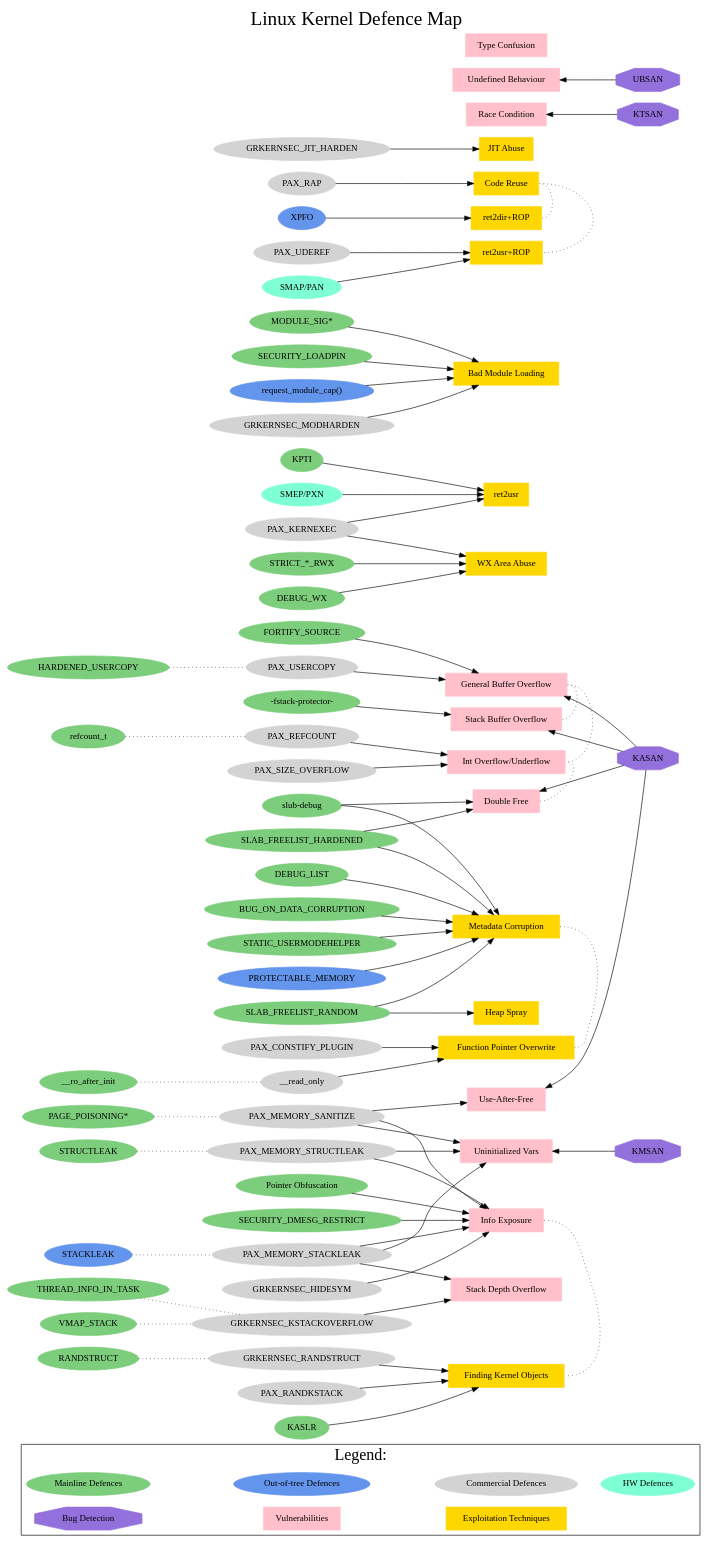
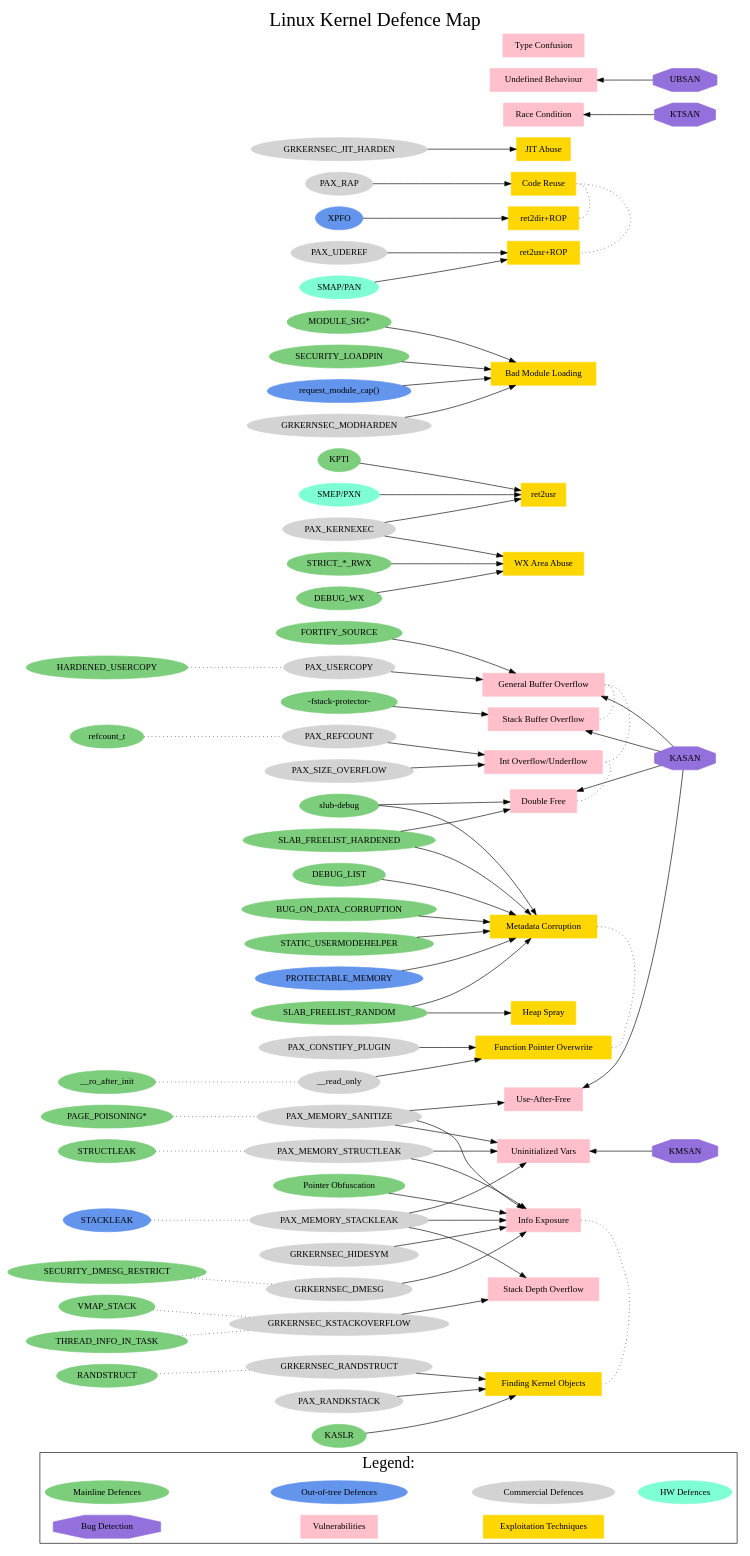
Before and after one commit to a13xp0p0v/linux-kernel-defence-map: the diagram in linux-kernel-defence-map.dot, drawn with Graphviz.

Commit message:
SECURITY_DMESG_RESTRICT is inspired by GRKERNSEC_DMESG (thanks Brad Spengler)

```diff
--- a/linux-kernel-defence-map.dot
+++ b/linux-kernel-defence-map.dot
@@ -77,7 +77,6 @@
     "BUG_ON_DATA_CORRUPTION";
     "MODULE_SIG*";
     "STATIC_USERMODEHELPER";
-    "SECURITY_DMESG_RESTRICT";
     "SECURITY_LOADPIN";
 
     // Out-of-tree Defences
@@ -105,6 +104,7 @@
     "PAX_MEMORY_STACKLEAK";
     "GRKERNSEC_MODHARDEN";
     "__read_only";
+    "GRKERNSEC_DMESG";
 
     // HW Defences
     node [shape=oval, color=aquamarine];
@@ -124,6 +124,7 @@
     "RANDSTRUCT";
     "STRUCTLEAK";
     "__ro_after_init";
+    "SECURITY_DMESG_RESTRICT";
 
     node [shape=oval, color=cornflowerblue];
     "STACKLEAK";
@@ -138,6 +139,7 @@
   "RANDSTRUCT" -> "GRKERNSEC_RANDSTRUCT";
   "STRUCTLEAK" -> "PAX_MEMORY_STRUCTLEAK";
   "__ro_after_init" -> "__read_only";
+  "SECURITY_DMESG_RESTRICT" -> "GRKERNSEC_DMESG";
   "STACKLEAK" -> "PAX_MEMORY_STACKLEAK";
 
 
@@ -234,7 +236,7 @@
   "Pointer Obfuscation" -> "Info Exposure";
   "PAX_MEMORY_SANITIZE" -> "Info Exposure";
   "PAX_MEMORY_STRUCTLEAK" -> "Info Exposure";
-  "SECURITY_DMESG_RESTRICT" -> "Info Exposure";
+  "GRKERNSEC_DMESG" -> "Info Exposure";
 
   "DEBUG_LIST" -> "Metadata Corruption";
   "BUG_ON_DATA_CORRUPTION" -> "Metadata Corruption";
```
